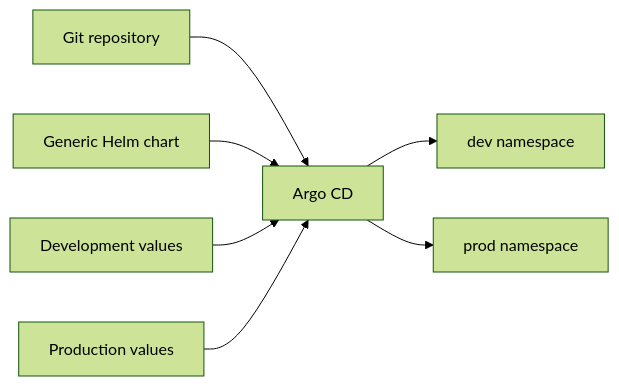
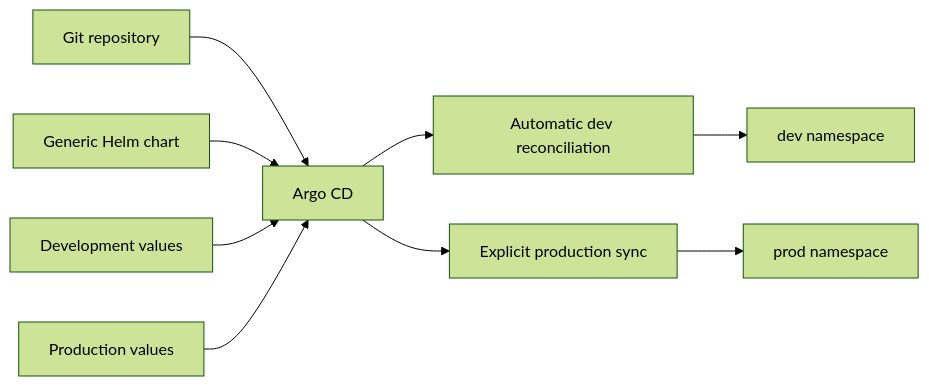
Before and after one commit to ahmed-el-mahdy/argocd-helm-deployments: the diagram in README.md, drawn with Mermaid (forest theme). The commit also changed other lines of this file, not shown here.

Commit message:
docs: verify project scope, architecture and review gates [skip ci]

````diff
--- a/README.md
+++ b/README.md
@@ -20,9 +20,11 @@
 ```mermaid
 flowchart LR
     GIT[Git repository] --> ARGO[Argo CD]
     CHART[Generic Helm chart] --> ARGO
     DEV[Development values] --> ARGO
     PROD[Production values] --> ARGO
-    ARGO --> DNS[dev namespace]
-    ARGO --> PNS[prod namespace]
+    ARGO --> AUTO[Automatic dev reconciliation]
+    AUTO --> DNS[dev namespace]
+    ARGO --> APPROVAL[Explicit production sync]
+    APPROVAL --> PNS[prod namespace]
 ```
````
